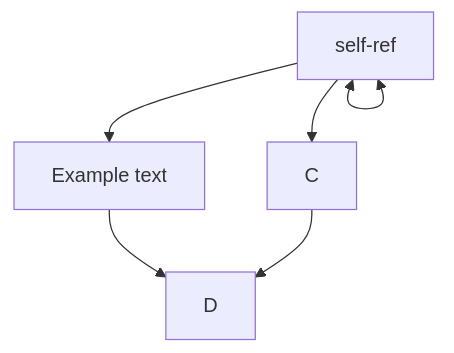
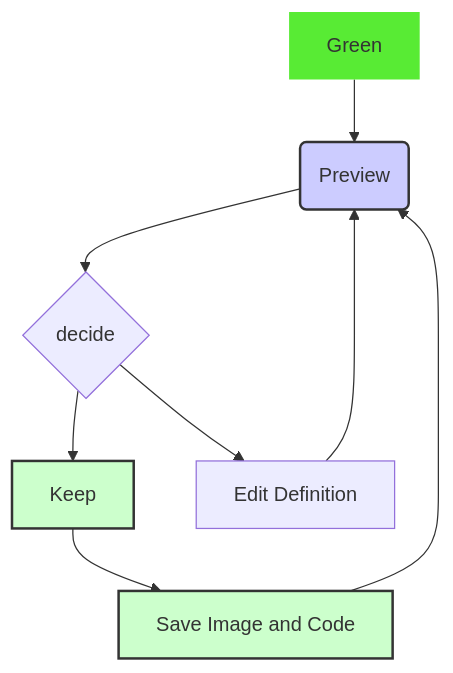
The diagram in PKM/W6/D3/lecture_notes.md (FredericGariepy/LighthouseLabs), drawn with Mermaid before and after one commit. The commit also changed other lines of this file, not shown here.

````diff
--- a/PKM/W6/D3/lecture_notes.md
+++ b/PKM/W6/D3/lecture_notes.md
@@ -14,8 +19,18 @@
 ```mermaid
-graph TD;
-  A-->B[Example text];
-  A-->C;
-  B-->D;
-  C-->D;
-  A[old text]<-->A[self-ref];
+graph TD
+    A[Green ] --> B(Preview)
+    B --> C{decide}
+    C --> D[Keep]
+    C --> E[Edit Definition]
+    E --> B
+    D --> F[Save Image and Code]
+    F --> B
+
+  classDef classA fill:#58eb34,stroke-width:0px
+  classDef classB fill:#ccf,stroke:#333,stroke-width:2px;
+  classDef classC fill:#cfc,stroke:#333,stroke-width:2px
+
+  class A classA;
+  class B classB;
+  class D,F classC;
 ```
````
